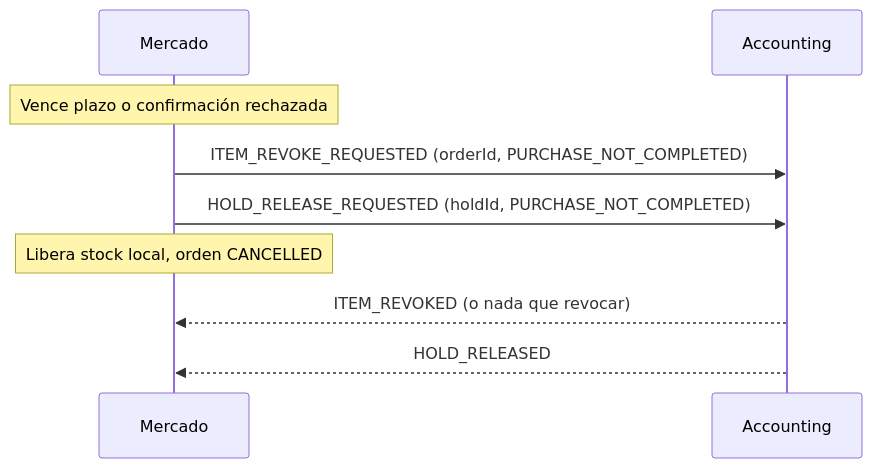
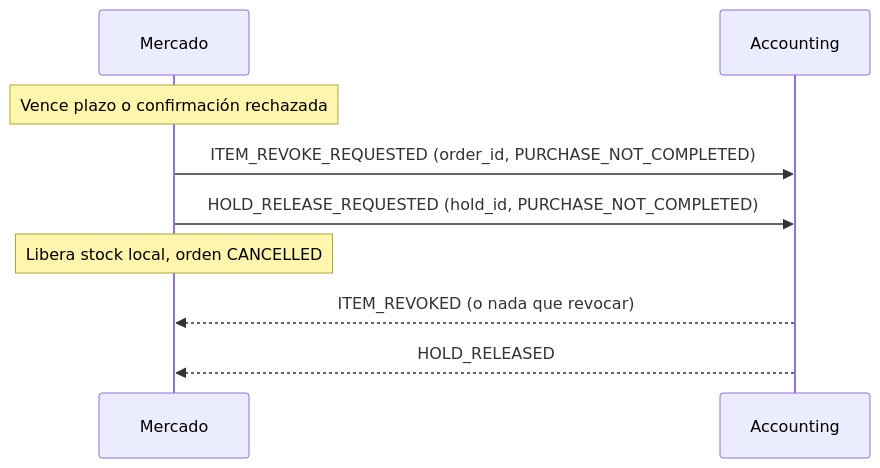
One commit to ValentinoMellia/tpi-market-vault changed the second of 2 diagrams in 01 - Projects/Market Service/Decisiones/DEC-025 - Saga de compra de ítems según la Propuesta C.md. Above: the diagram before and after it, drawn with Mermaid. The commit also changed other lines of this file and 7 other files, not shown here.

````diff
--- a/01 - Projects/Market Service/Decisiones/DEC-025 - Saga de compra de ítems según la Propuesta C.md
+++ b/01 - Projects/Market Service/Decisiones/DEC-025 - Saga de compra de ítems según la Propuesta C.md
@@ -77,11 +77,11 @@
 ```mermaid
 sequenceDiagram
     participant M as Mercado
     participant A as Accounting
     Note over M: Vence plazo o confirmación rechazada
-    M->>A: ITEM_REVOKE_REQUESTED (orderId, PURCHASE_NOT_COMPLETED)
-    M->>A: HOLD_RELEASE_REQUESTED (holdId, PURCHASE_NOT_COMPLETED)
+    M->>A: ITEM_REVOKE_REQUESTED (order_id, PURCHASE_NOT_COMPLETED)
+    M->>A: HOLD_RELEASE_REQUESTED (hold_id, PURCHASE_NOT_COMPLETED)
     Note over M: Libera stock local, orden CANCELLED
     A-->>M: ITEM_REVOKED (o nada que revocar)
     A-->>M: HOLD_RELEASED
 ```
````
